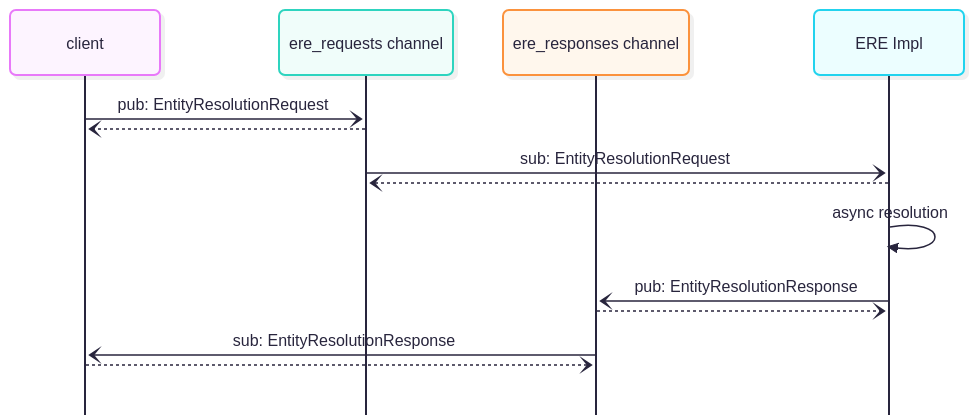
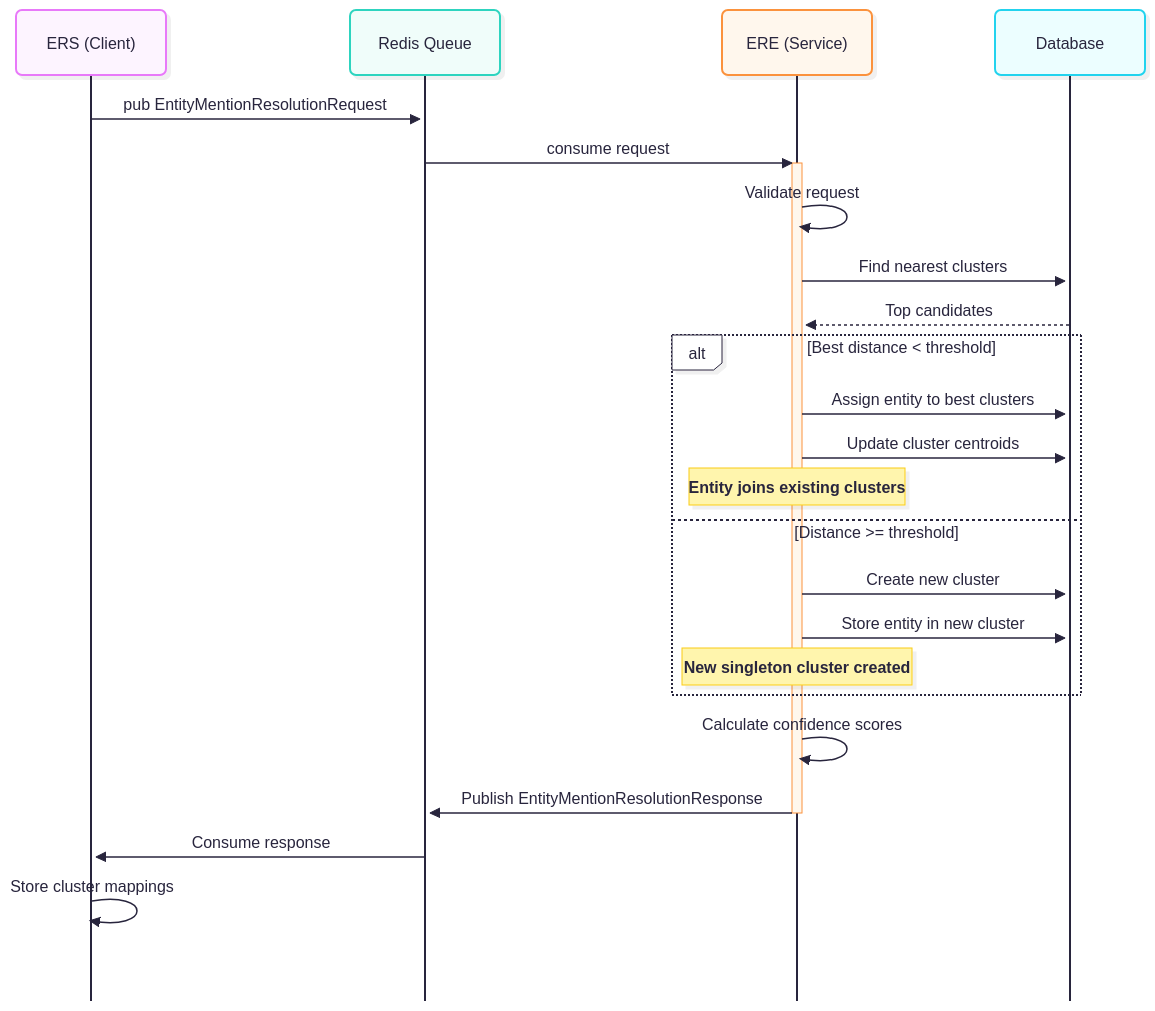
One commit to OP-TED/entity-resolution-spec changed the diagram in docs/ere-interface-seq-diag.md. Above: the diagram before and after it, drawn with Mermaid. The commit also changed other lines of this file and 46 other files, not shown here.

````diff
--- a/docs/ere-interface-seq-diag.md
+++ b/docs/ere-interface-seq-diag.md
@@ -3,25 +8,44 @@
 ```mermaid
 ---
 config:
   look: neo
   theme: redux-color
   mirrorActors: false
   sequence:
     bottomMarginAdj: 0.1
 ---
 sequenceDiagram
-  participant client
-  participant ere_requests as ere_requests channel
-  participant ere_responses as ere_responses channel
-  participant ERE_Impl as ERE Impl
+    participant ERS as ERS (Client)
+    participant Queue as Redis Queue
+    participant ERE as ERE (Service)
+    participant DB as Database
 
-  client -) ere_requests: pub: EntityResolutionRequest
-  ere_requests --) client:
-  ere_requests -) ERE_Impl: sub: EntityResolutionRequest
-  ERE_Impl --) ere_requests:
-  ERE_Impl ->> ERE_Impl: async resolution
-  ERE_Impl -) ere_responses: pub: EntityResolutionResponse
-  ere_responses --) ERE_Impl:
-  ere_responses -) client: sub: EntityResolutionResponse
-  client --) ere_responses:
+    ERS->>Queue: pub EntityMentionResolutionRequest
+
+    Queue->>ERE: consume request
+    activate ERE
+
+    ERE->>ERE: Validate request
+
+    ERE->>DB: Find nearest clusters
+    DB-->>ERE: Top candidates
+
+    alt Best distance < threshold
+        ERE->>DB: Assign entity to best clusters
+        ERE->>DB: Update cluster centroids
+        Note over ERE: Entity joins existing clusters
+    else Distance >= threshold
+        ERE->>DB: Create new cluster
+        ERE->>DB: Store entity in new cluster
+        Note over ERE: New singleton cluster created
+    end
+
+    ERE->>ERE: Calculate confidence scores
+
+    ERE->>Queue: Publish EntityMentionResolutionResponse
+
+    deactivate ERE
+
+    Queue->>ERS: Consume response
+    ERS->>ERS: Store cluster mappings
 ```
````
